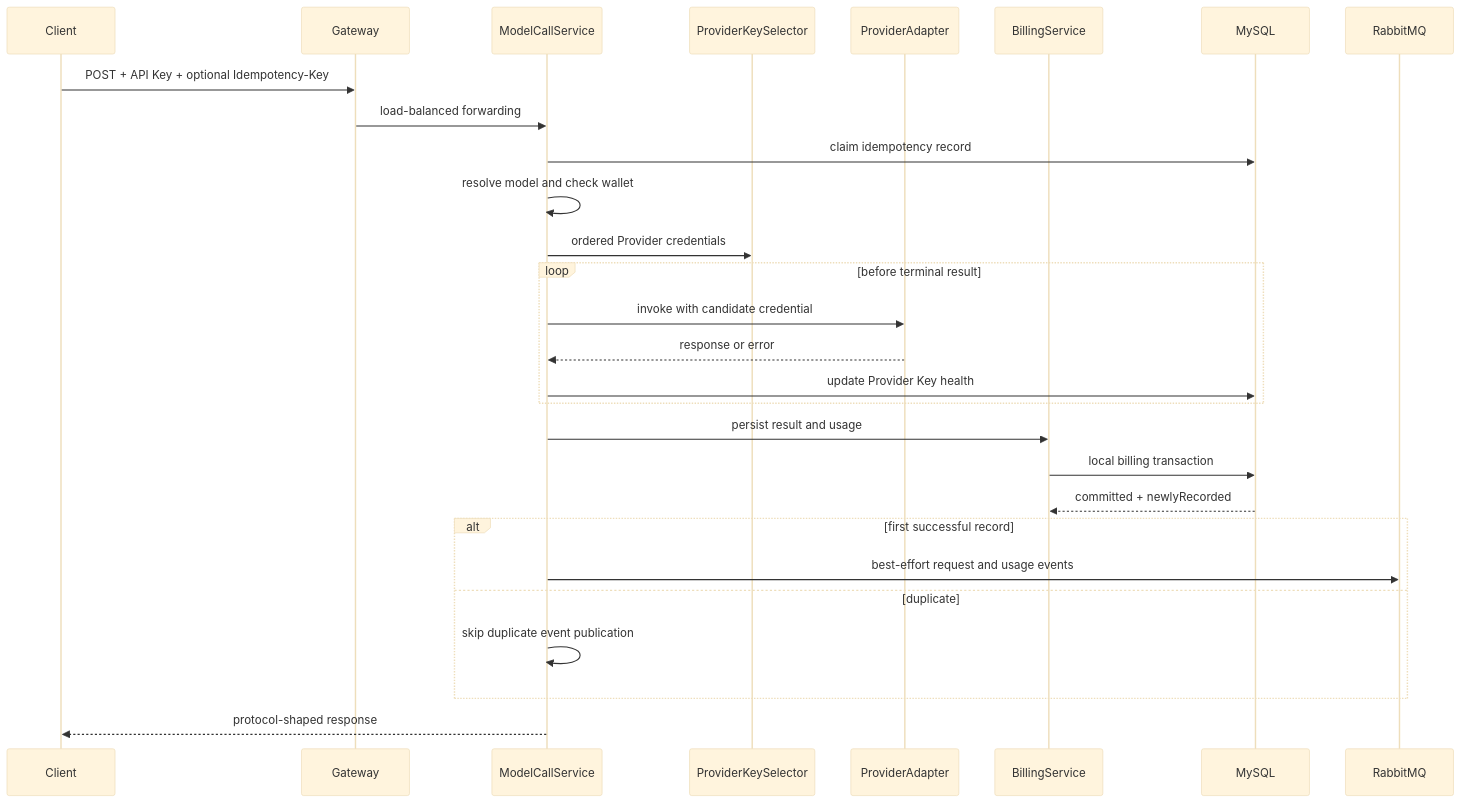
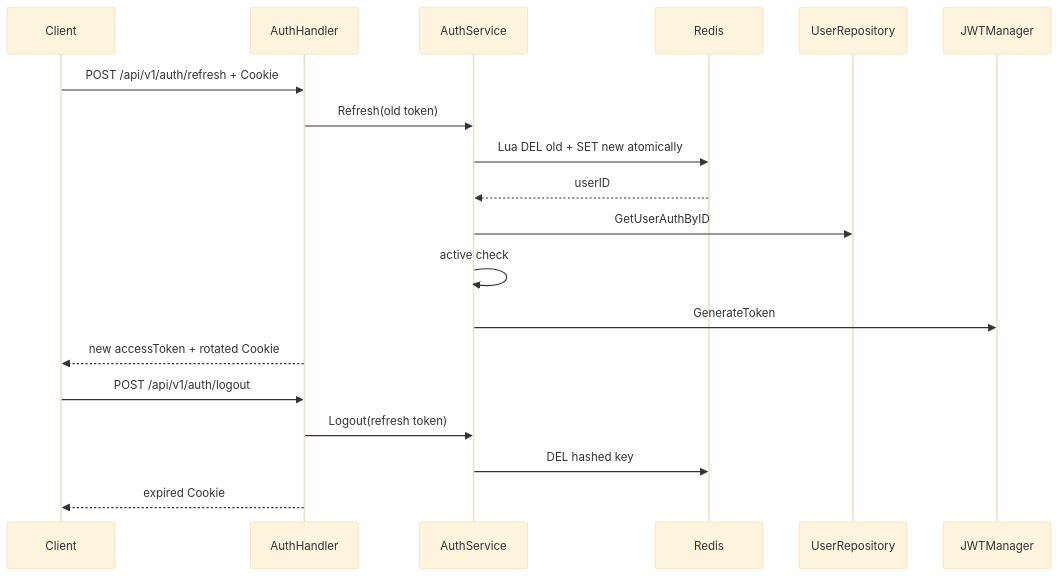
One commit to DWHuang99/erent changed the third of 3 diagrams in ARCHITECTURE.md. Above: the diagram before and after it, drawn with Mermaid (base theme). The commit also changed other lines of this file and 225 other files, not shown here.

````diff
--- a/ARCHITECTURE.md
+++ b/ARCHITECTURE.md
@@ -247,31 +75,23 @@
 ```mermaid
 sequenceDiagram
     participant C as Client
-    participant G as Gateway
-    participant S as ModelCallService
-    participant K as ProviderKeySelector
-    participant P as ProviderAdapter
-    participant B as BillingService
-    participant DB as MySQL
-    participant R as RabbitMQ
+    participant H as AuthHandler
+    participant S as AuthService
+    participant R as Redis
+    participant U as UserRepository
+    participant J as JWTManager
 
-    C->>G: POST + API Key + optional Idempotency-Key
-    G->>S: load-balanced forwarding
-    S->>DB: claim idempotency record
-    S->>S: resolve model and check wallet
-    S->>K: ordered Provider credentials
-    loop before terminal result
-        S->>P: invoke with candidate credential
-        P-->>S: response or error
-        S->>DB: update Provider Key health
-    end
-    S->>B: persist result and usage
-    B->>DB: local billing transaction
-    DB-->>B: committed + newlyRecorded
-    alt first successful record
-        S->>R: best-effort request and usage events
-    else duplicate
-        S->>S: skip duplicate event publication
-    end
-    S-->>C: protocol-shaped response
+    C->>H: POST /api/v1/auth/refresh + Cookie
+    H->>S: Refresh(old token)
+    S->>R: Lua DEL old + SET new atomically
+    R-->>S: userID
+    S->>U: GetUserAuthByID
+    S->>S: active check
+    S->>J: GenerateToken
+    H-->>C: new accessToken + rotated Cookie
+
+    C->>H: POST /api/v1/auth/logout
+    H->>S: Logout(refresh token)
+    S->>R: DEL hashed key
+    H-->>C: expired Cookie
 ```
````
